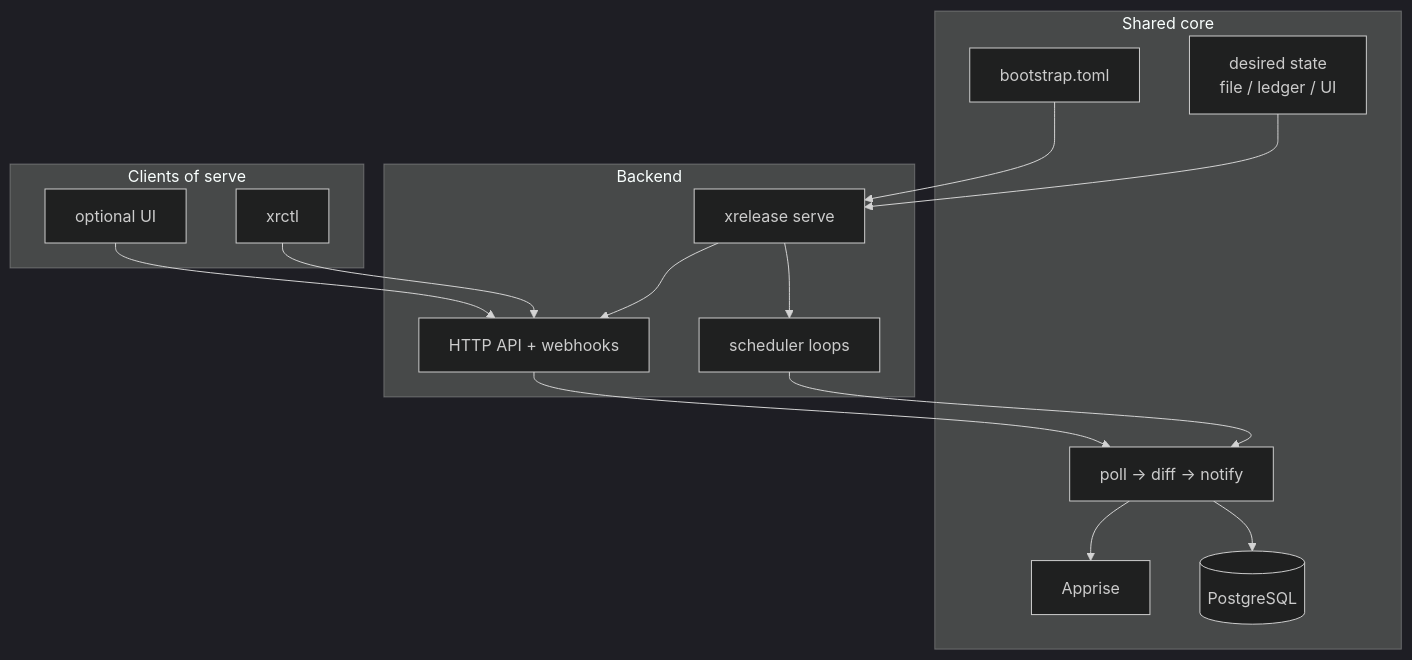
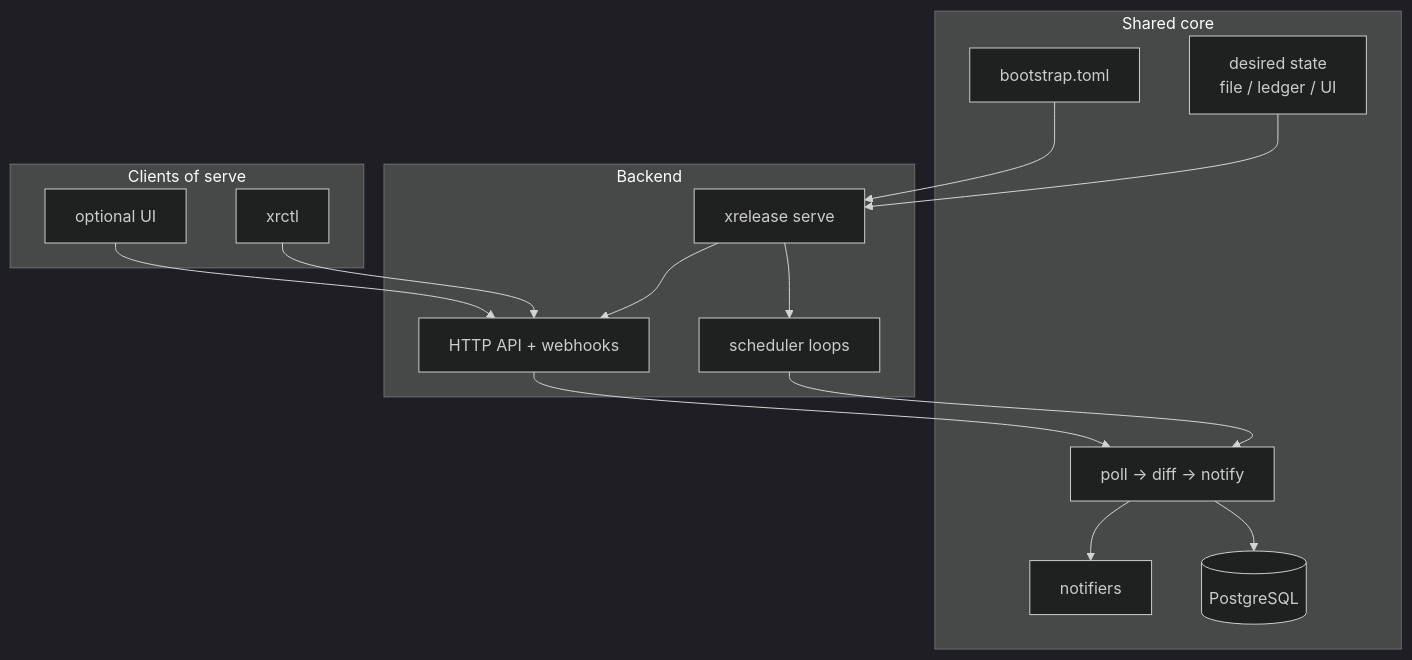
The diagram in docs/operations/deployment.md (Myskiv-Ivan/xrelease), drawn with Mermaid (dark theme) before and after one commit. The commit also changed 47 other files, not shown here.

````diff
--- a/docs/operations/deployment.md
+++ b/docs/operations/deployment.md
@@ -31,31 +31,31 @@
 ```mermaid
 flowchart TB
     subgraph shared [Shared core]
       BOOT[bootstrap.toml]
       APP[desired state\nfile / ledger / UI]
       PIPE[poll → diff → notify]
       STORE[(PostgreSQL)]
-      APPRISE[Apprise]
+      SINKS[notifiers]
     end
 
     subgraph serve [Backend]
       SRV[xrelease serve]
       API[HTTP API + webhooks]
       SRV --> SCH[scheduler loops]
       SRV --> API
       SCH --> PIPE
       API --> PIPE
     end
 
     subgraph clients [Clients of serve]
       UI[optional UI]
       XRCTL[xrctl]
       UI --> API
       XRCTL --> API
     end
 
     BOOT --> SRV
     APP --> SRV
     PIPE --> STORE
-    PIPE --> APPRISE
+    PIPE --> SINKS
 ```
````
